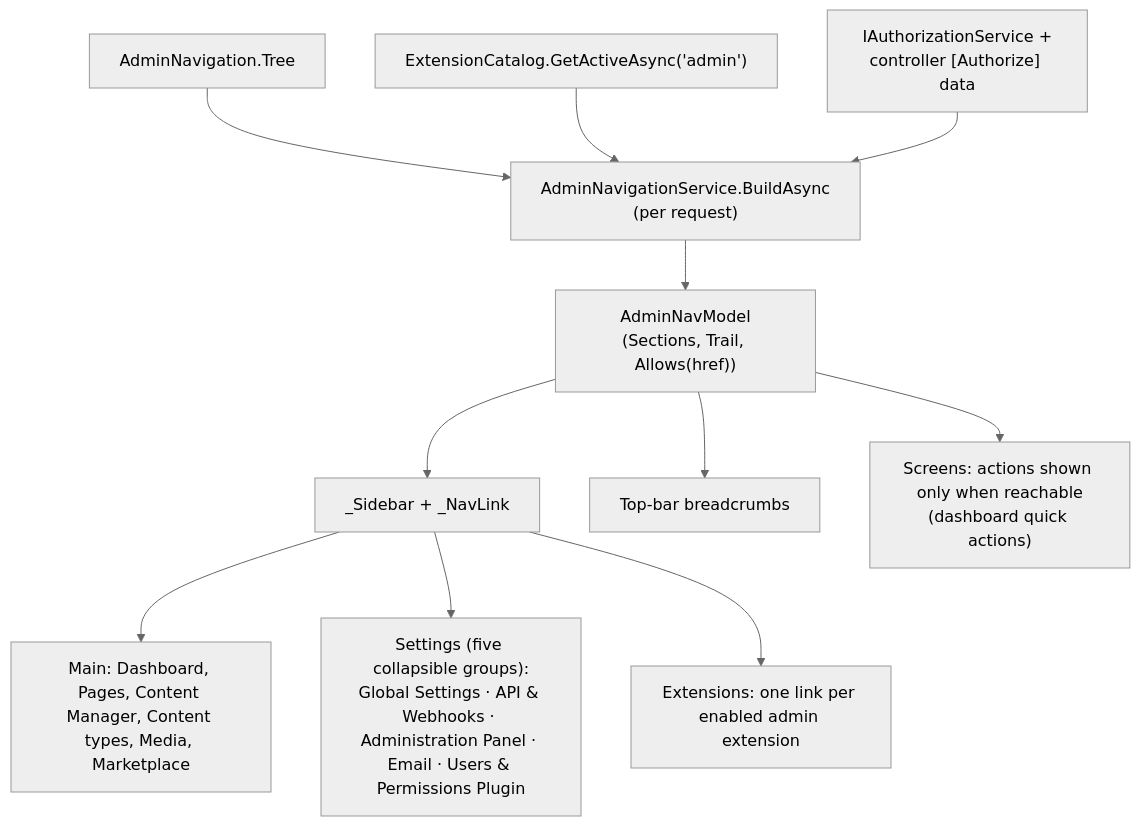
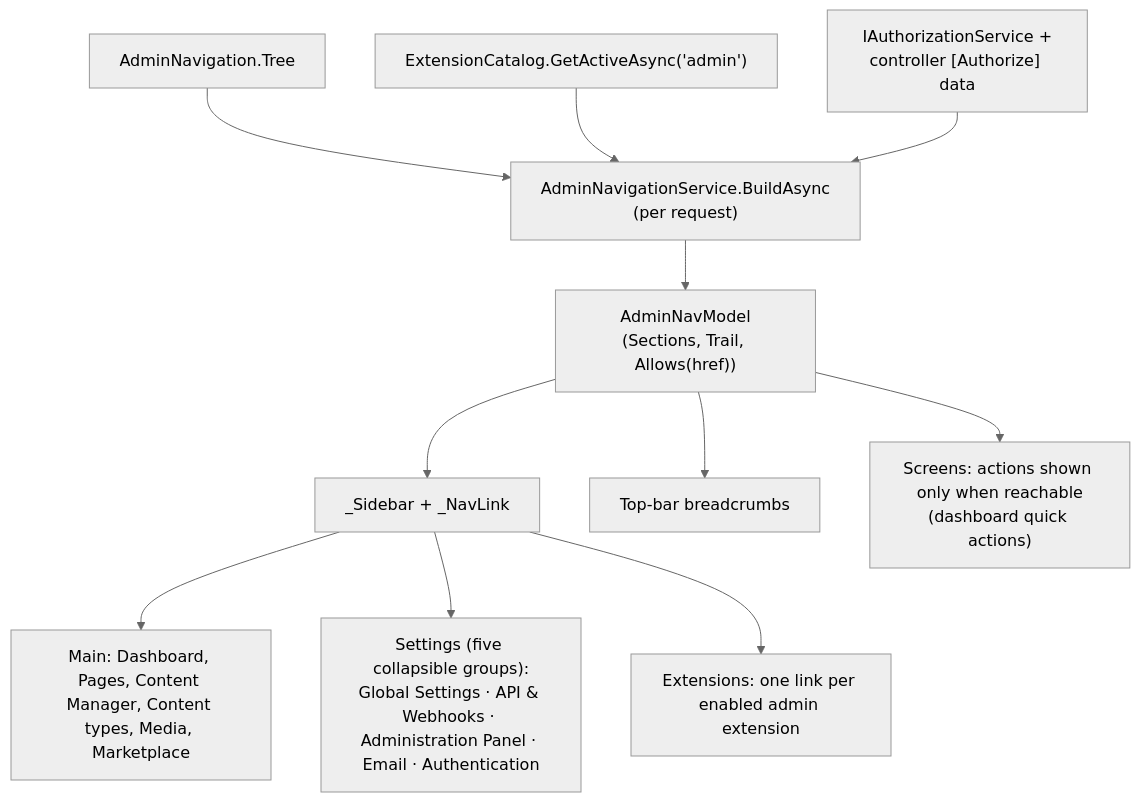
Before and after one commit to Albadit/DotNetForge: the second of 3 diagrams in .docs/architecture/pages.md, drawn with Mermaid (neutral theme). The commit also changed other lines of this file and 412 other files, not shown here.

````diff
--- a/.docs/architecture/pages.md
+++ b/.docs/architecture/pages.md
@@ -154,13 +156,13 @@
 ```mermaid
 flowchart TB
     Tree["AdminNavigation.Tree"] --> Svc["AdminNavigationService.BuildAsync<br/>(per request)"]
     Cat["ExtensionCatalog.GetActiveAsync('admin')"] --> Svc
     Auth["IAuthorizationService +<br/>controller [Authorize] data"] --> Svc
     Svc --> Model["AdminNavModel<br/>(Sections, Trail, Allows(href))"]
     Model --> Sidebar["_Sidebar + _NavLink"]
     Model --> Crumbs["Top-bar breadcrumbs"]
     Model --> Screens["Screens: actions shown only when reachable<br/>(dashboard quick actions)"]
     Sidebar --> Main["Main: Dashboard, Pages, Content Manager, Content types, Media, Marketplace"]
-    Sidebar --> Settings["Settings (five collapsible groups):<br/>Global Settings · API & Webhooks · Administration Panel · Email · Users & Permissions Plugin"]
+    Sidebar --> Settings["Settings (five collapsible groups):<br/>Global Settings · API & Webhooks · Administration Panel · Email · Authentication"]
     Sidebar --> Ext["Extensions: one link per enabled admin extension"]
 ```
````
